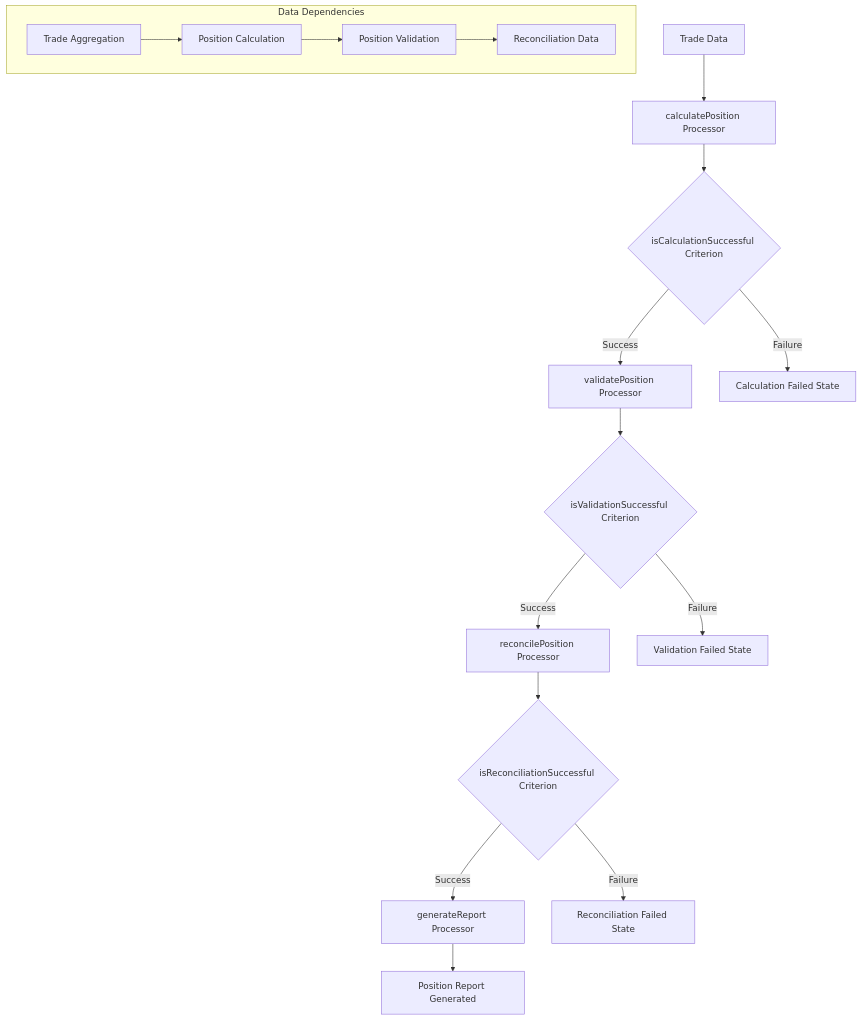
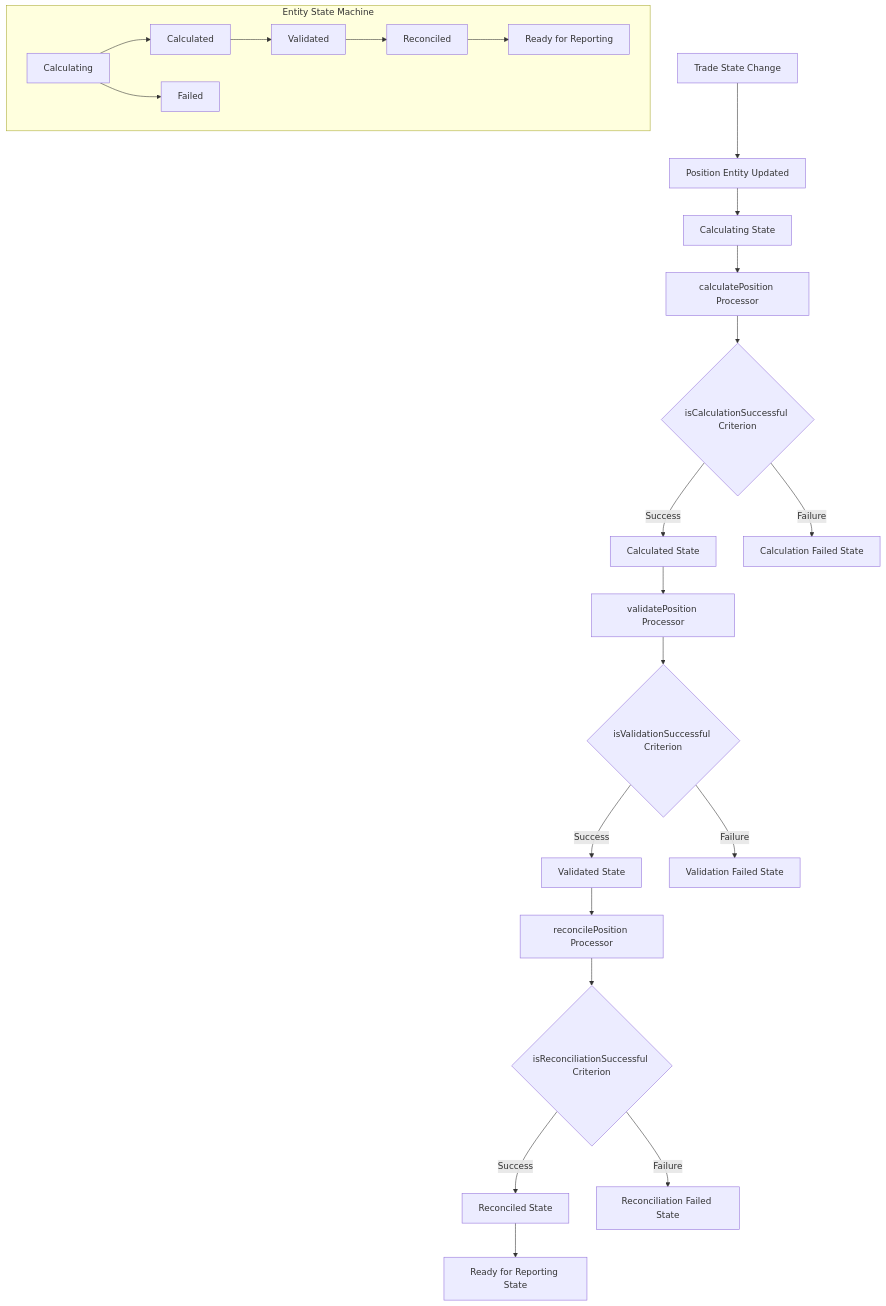
One commit to pschleger/dtcc-trade-reporting changed the third of 10 diagrams in .ai/tasks/dtcc-reporting/functional-specifications/component-interaction-diagrams.md. Above: the diagram before and after it, drawn with Mermaid. The commit also changed other lines of this file and 16 other files, not shown here.

````diff
--- a/.ai/tasks/dtcc-reporting/functional-specifications/component-interaction-diagrams.md
+++ b/.ai/tasks/dtcc-reporting/functional-specifications/component-interaction-diagrams.md
@@ -54,20 +68,26 @@
 ```mermaid
 graph TD
-    A[Trade Data] --> B[calculatePosition Processor]
-    B --> C{isCalculationSuccessful Criterion}
-    C -->|Success| D[validatePosition Processor]
-    C -->|Failure| E[Calculation Failed State]
-    D --> F{isValidationSuccessful Criterion}
-    F -->|Success| G[reconcilePosition Processor]
-    F -->|Failure| H[Validation Failed State]
-    G --> I{isReconciliationSuccessful Criterion}
-    I -->|Success| J[generateReport Processor]
-    I -->|Failure| K[Reconciliation Failed State]
-    J --> L[Position Report Generated]
-    
-    subgraph "Data Dependencies"
-        M[Trade Aggregation] --> N[Position Calculation]
-        N --> O[Position Validation]
-        O --> P[Reconciliation Data]
+    A[Trade State Change] --> B[Position Entity Updated]
+    B --> C[Calculating State]
+    C --> D[calculatePosition Processor]
+    D --> E{isCalculationSuccessful Criterion}
+    E -->|Success| F[Calculated State]
+    E -->|Failure| G[Calculation Failed State]
+    F --> H[validatePosition Processor]
+    H --> I{isValidationSuccessful Criterion}
+    I -->|Success| J[Validated State]
+    I -->|Failure| K[Validation Failed State]
+    J --> L[reconcilePosition Processor]
+    L --> M{isReconciliationSuccessful Criterion}
+    M -->|Success| N[Reconciled State]
+    M -->|Failure| O[Reconciliation Failed State]
+    N --> P[Ready for Reporting State]
+
+    subgraph "Entity State Machine"
+        Q[Calculating] --> R[Calculated]
+        R --> S[Validated]
+        S --> T[Reconciled]
+        T --> U[Ready for Reporting]
+        Q --> V[Failed]
     end
 ```
````
